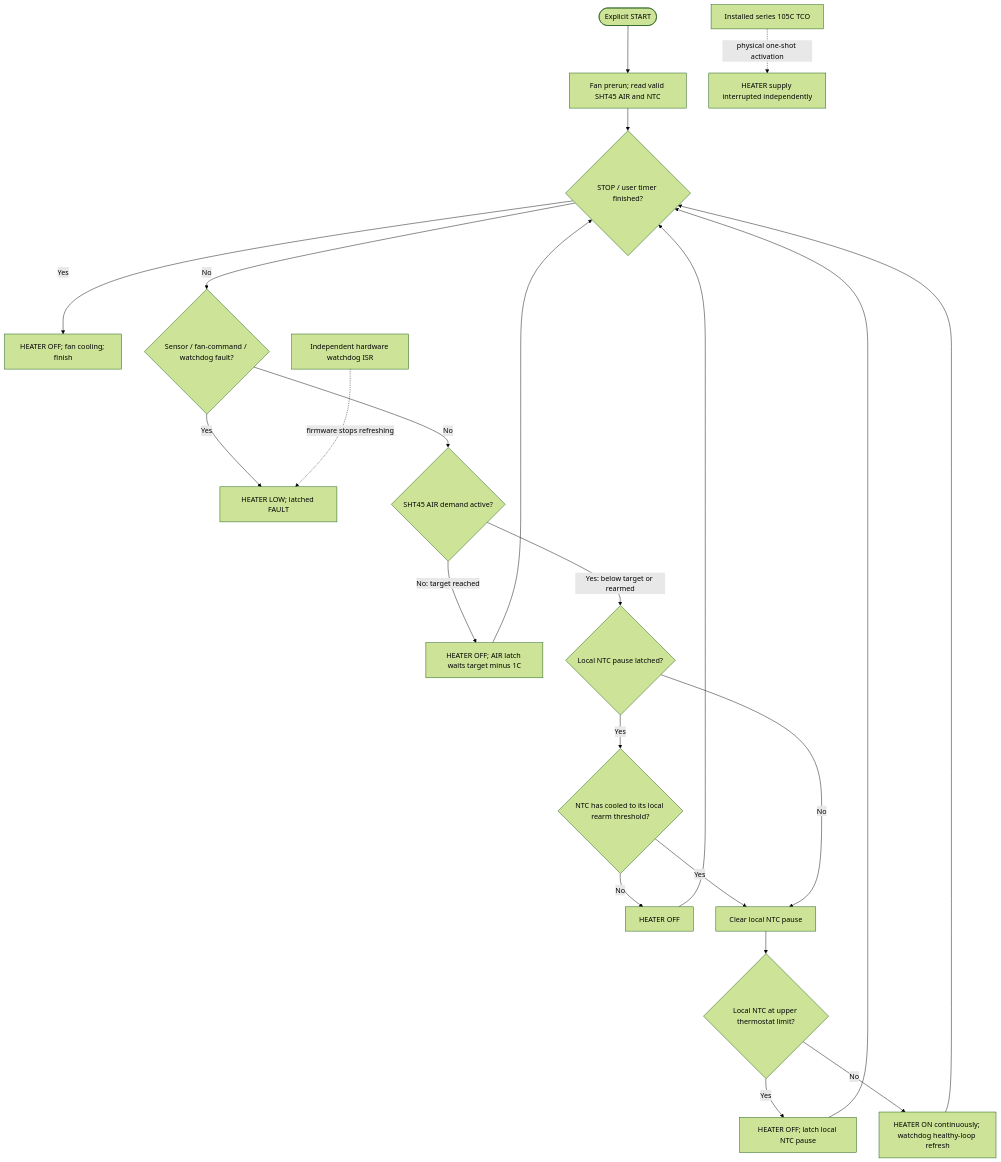
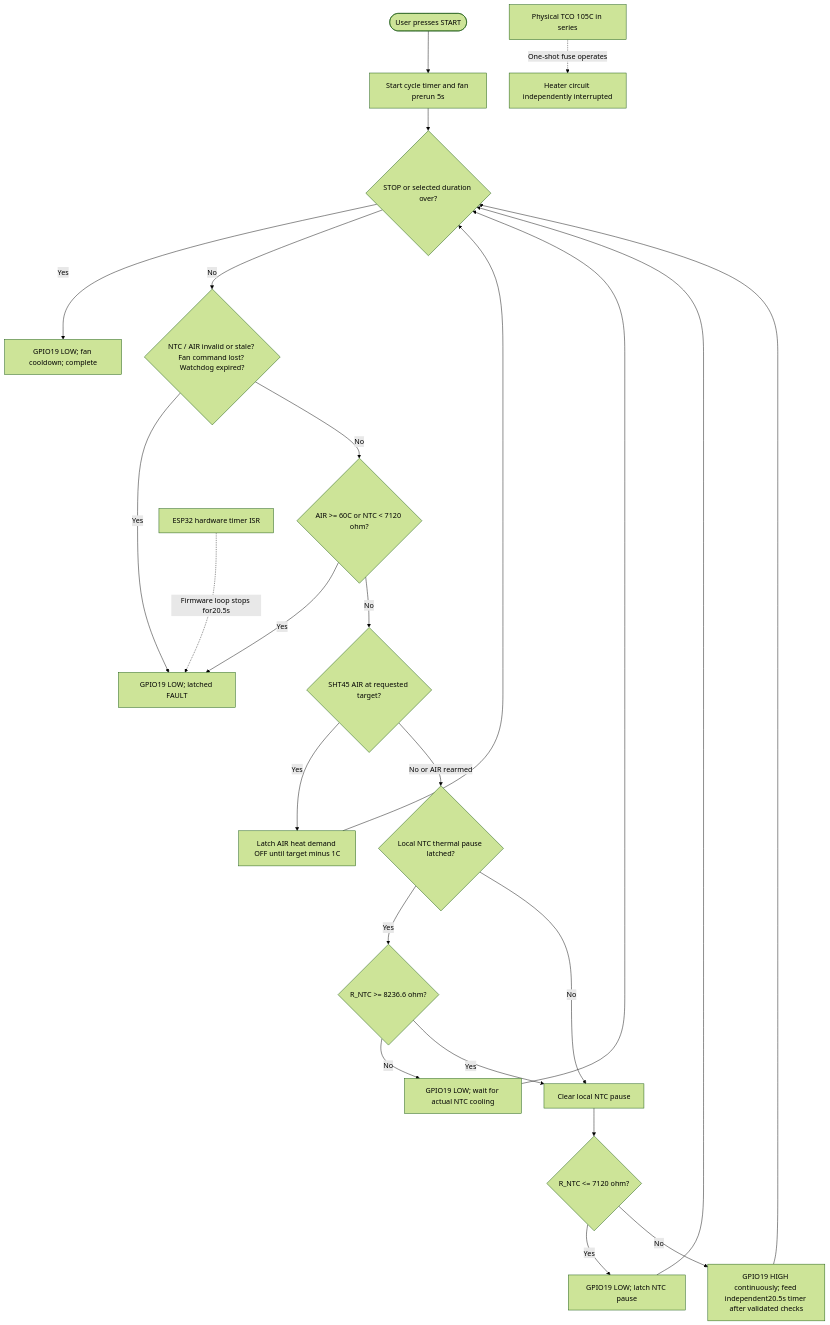
One commit to alessandrocardelli/filament-dryer-monitor changed the diagram in docs/TODO.md. Above: the diagram before and after it, drawn with Mermaid (forest theme). The commit also changed other lines of this file, not shown here.

Commit message:
update single TODO and saved flowchart to actual uploadable HOT-261031-N8580, precise 85/80 NTC ohm mapping, provenance, watchdog and attended physical procedure

````diff
--- a/docs/TODO.md
+++ b/docs/TODO.md
@@ -15,24 +9,26 @@
 ```mermaid
 flowchart TD
-    A([Explicit START]) --> B[Fan prerun; read valid SHT45 AIR and NTC]
-    B --> C{STOP / user timer finished?}
-    C -->|Yes| S[HEATER OFF; fan cooling; finish]
-    C -->|No| D{Sensor / fan-command / watchdog fault?}
-    D -->|Yes| F[HEATER LOW; latched FAULT]
-    D -->|No| E{SHT45 AIR demand active?}
-    E -->|No: target reached| O[HEATER OFF; AIR latch waits target minus 1C]
-    O --> C
-    E -->|Yes: below target or rearmed| H{Local NTC pause latched?}
-    H -->|Yes| R{NTC has cooled to its local rearm threshold?}
-    R -->|No| P[HEATER OFF]
-    P --> C
-    R -->|Yes| L[Clear local NTC pause]
-    H -->|No| L
-    L --> Q{Local NTC at upper thermostat limit?}
-    Q -->|Yes| T[HEATER OFF; latch local NTC pause]
-    T --> C
-    Q -->|No| U[HEATER ON continuously; watchdog healthy-loop refresh]
-    U --> C
-    W[Independent hardware watchdog ISR] -.->|firmware stops refreshing| F
-    X[Installed series 105C TCO] -.->|physical one-shot activation| Y[HEATER supply interrupted independently]
+    A([User presses START]) --> B[Start cycle timer and fan prerun 5s]
+    B --> C{STOP or selected duration over?}
+    C -->|Yes| Z[GPIO19 LOW; fan cooldown; complete]
+    C -->|No| D{NTC / AIR invalid or stale? Fan command lost? Watchdog expired?}
+    D -->|Yes| F[GPIO19 LOW; latched FAULT]
+    D -->|No| E{AIR >= 60C or NTC < 7120 ohm?}
+    E -->|Yes| F
+    E -->|No| G{SHT45 AIR at requested target?}
+    G -->|Yes| H[Latch AIR heat demand OFF until target minus 1C]
+    H --> C
+    G -->|No or AIR rearmed| I{Local NTC thermal pause latched?}
+    I -->|Yes| J{R_NTC >= 8236.6 ohm?}
+    J -->|No| K[GPIO19 LOW; wait for actual NTC cooling]
+    K --> C
+    J -->|Yes| L[Clear local NTC pause]
+    I -->|No| L
+    L --> M{R_NTC <= 7120 ohm?}
+    M -->|Yes| N[GPIO19 LOW; latch NTC pause]
+    N --> C
+    M -->|No| Q[GPIO19 HIGH continuously; feed independent20.5s timer after validated checks]
+    Q --> C
+    W[ESP32 hardware timer ISR] -.->|Firmware loop stops for20.5s| F
+    X[Physical TCO 105C in series] -.->|One-shot fuse operates| Y[Heater circuit independently interrupted]
 ```
````
